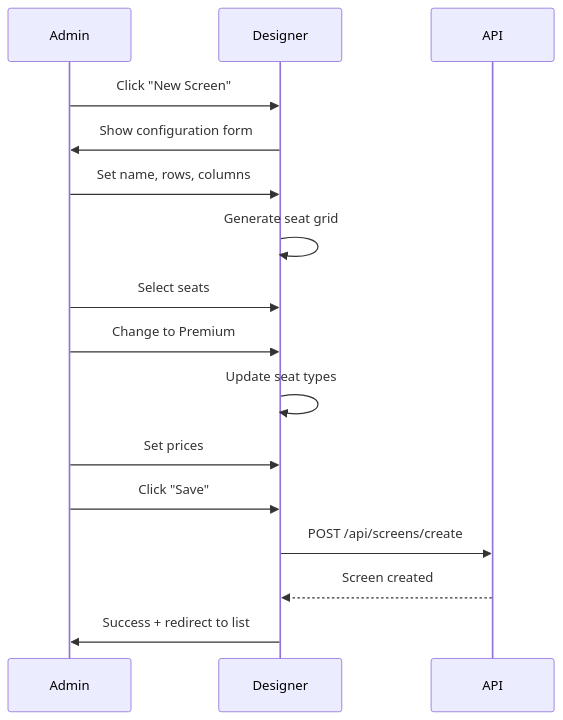
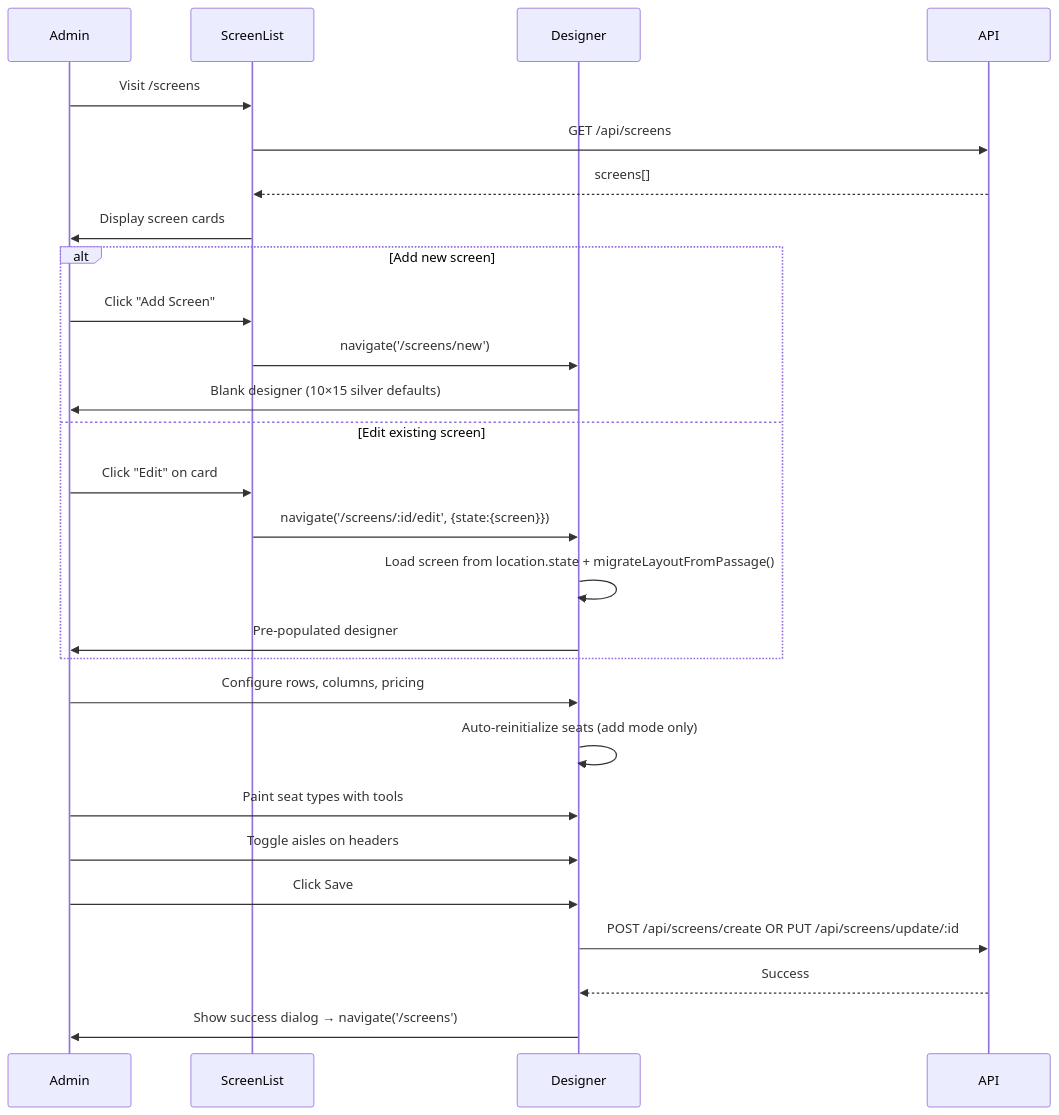
One commit to hduraimurugan/cinema-app-docs changed diagram 15 of 15 in admin.md. Above: the diagram before and after it, drawn with Mermaid. The commit also changed other lines of this file and 1 other file, not shown here.

Commit message:
update admin panel documentation with new screen designer routes and components

````diff
--- a/admin.md
+++ b/admin.md
@@ -793,23 +823,33 @@
 ```mermaid
 sequenceDiagram
     participant Admin
+    participant ScreenList
     participant Designer
     participant API
 
-    Admin->>Designer: Click "New Screen"
-    Designer->>Admin: Show configuration form
+    Admin->>ScreenList: Visit /screens
+    ScreenList->>API: GET /api/screens
+    API-->>ScreenList: screens[]
+    ScreenList->>Admin: Display screen cards
 
-    Admin->>Designer: Set name, rows, columns
-    Designer->>Designer: Generate seat grid
+    alt Add new screen
+        Admin->>ScreenList: Click "Add Screen"
+        ScreenList->>Designer: navigate('/screens/new')
+        Designer->>Admin: Blank designer (10×15 silver defaults)
+    else Edit existing screen
+        Admin->>ScreenList: Click "Edit" on card
+        ScreenList->>Designer: navigate('/screens/:id/edit', {state:{screen}})
+        Designer->>Designer: Load screen from location.state + migrateLayoutFromPassage()
+        Designer->>Admin: Pre-populated designer
+    end
 
-    Admin->>Designer: Select seats
-    Admin->>Designer: Change to Premium
-    Designer->>Designer: Update seat types
+    Admin->>Designer: Configure rows, columns, pricing
+    Designer->>Designer: Auto-reinitialize seats (add mode only)
+    Admin->>Designer: Paint seat types with tools
+    Admin->>Designer: Toggle aisles on headers
+    Admin->>Designer: Click Save
 
-    Admin->>Designer: Set prices
-    Admin->>Designer: Click "Save"
-
-    Designer->>API: POST /api/screens/create
-    API-->>Designer: Screen created
-    Designer->>Admin: Success + redirect to list
+    Designer->>API: POST /api/screens/create OR PUT /api/screens/update/:id
+    API-->>Designer: Success
+    Designer->>Admin: Show success dialog → navigate('/screens')
 ```
````
